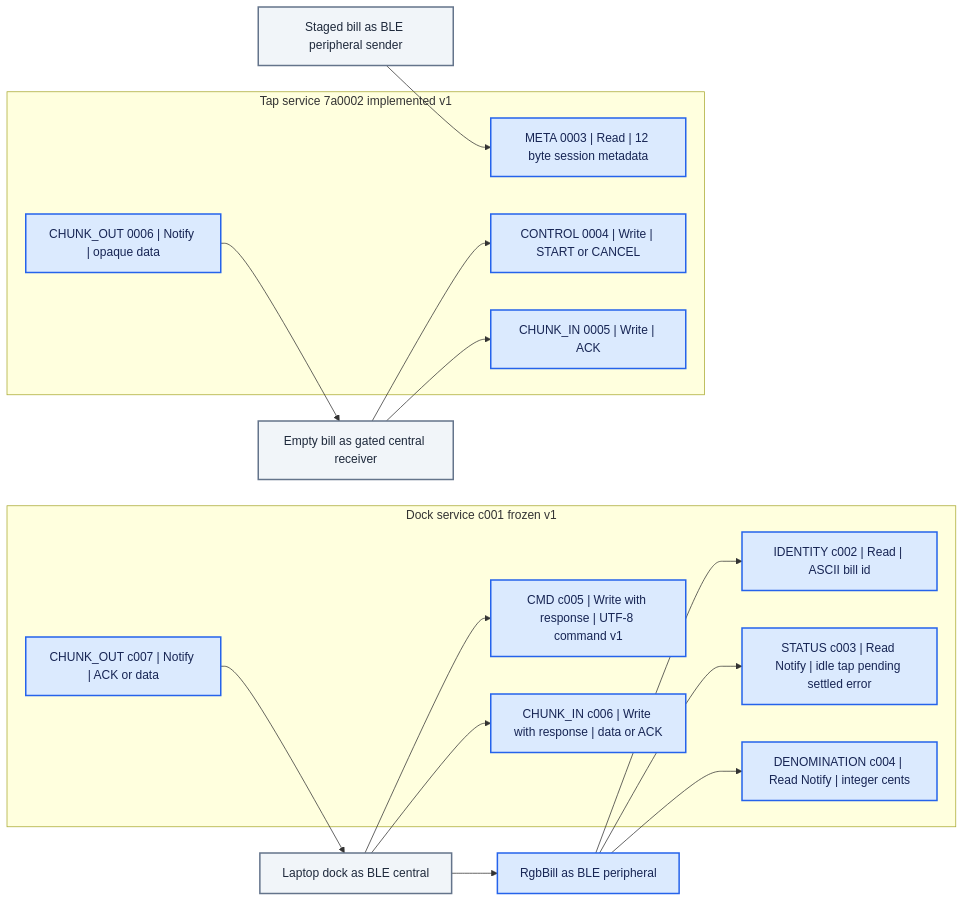
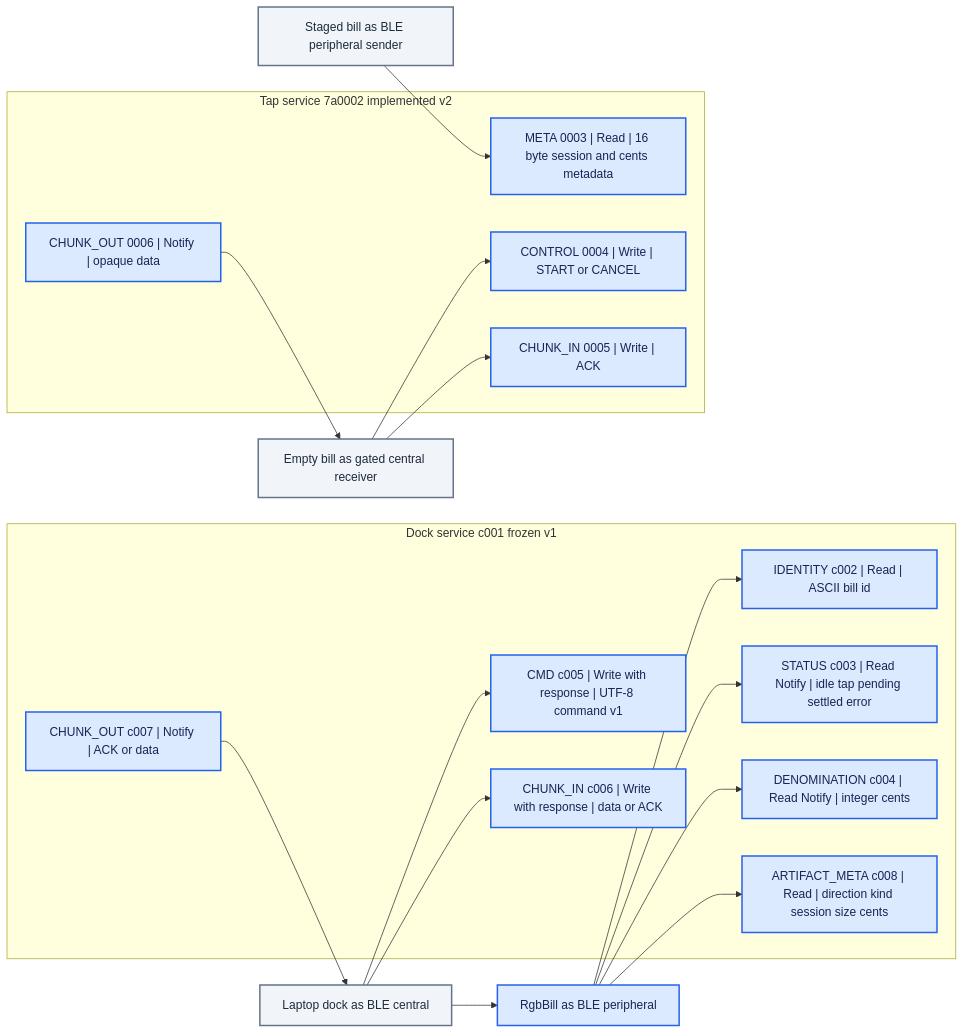
Before and after one commit to EdwinKestler/bill: the diagram in docs/diagrams/src/05-gatt-contract.mmd, drawn with Mermaid. The commit also changed 44 other files, not shown here.

First line of the commit message:
Add bill inventory, tap metadata v2, and dock device registry

```diff
--- a/docs/diagrams/src/05-gatt-contract.mmd
+++ b/docs/diagrams/src/05-gatt-contract.mmd
@@ -1,38 +1,40 @@
 flowchart LR
     classDef implemented fill:#dbeafe,stroke:#2563eb,color:#172554,stroke-width:2px
     classDef planned fill:#fef3c7,stroke:#d97706,color:#4a2b05,stroke-width:2px,stroke-dasharray:6 4
     classDef peer fill:#f1f5f9,stroke:#64748b,color:#1e293b,stroke-width:2px
 
     dock["Laptop dock as BLE central"]:::peer
     bill["RgbBill as BLE peripheral"]:::implemented
 
     subgraph dockService["Dock service c001 frozen v1"]
         identity["IDENTITY c002 | Read | ASCII bill id"]:::implemented
         status["STATUS c003 | Read Notify | idle tap pending settled error"]:::implemented
         denomination["DENOMINATION c004 | Read Notify | integer cents"]:::implemented
         cmd["CMD c005 | Write with response | UTF-8 command v1"]:::implemented
         chunkIn["CHUNK_IN c006 | Write with response | data or ACK"]:::implemented
         chunkOut["CHUNK_OUT c007 | Notify | ACK or data"]:::implemented
+        artifact["ARTIFACT_META c008 | Read | direction kind session size cents"]:::implemented
     end
 
     sender["Staged bill as BLE peripheral sender"]:::peer
     receiver["Empty bill as gated central receiver"]:::peer
 
-    subgraph tapService["Tap service 7a0002 implemented v1"]
-        meta["META 0003 | Read | 12 byte session metadata"]:::implemented
+    subgraph tapService["Tap service 7a0002 implemented v2"]
+        meta["META 0003 | Read | 16 byte session and cents metadata"]:::implemented
         control["CONTROL 0004 | Write | START or CANCEL"]:::implemented
         tapIn["CHUNK_IN 0005 | Write | ACK"]:::implemented
         tapOut["CHUNK_OUT 0006 | Notify | opaque data"]:::implemented
     end
 
     dock --> bill
     bill --> identity
     bill --> status
     bill --> denomination
+    bill --> artifact
     dock --> cmd
     dock --> chunkIn
     chunkOut --> dock
     sender --> meta
     receiver --> control
     receiver --> tapIn
     tapOut --> receiver
```
